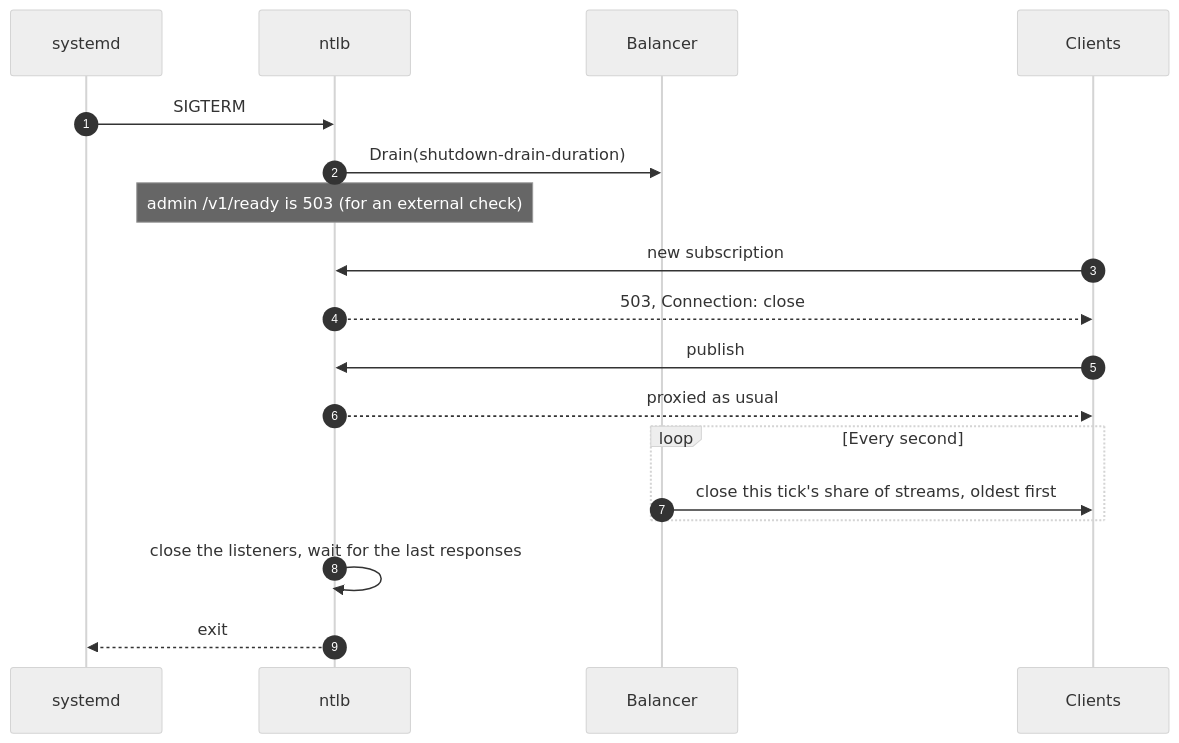
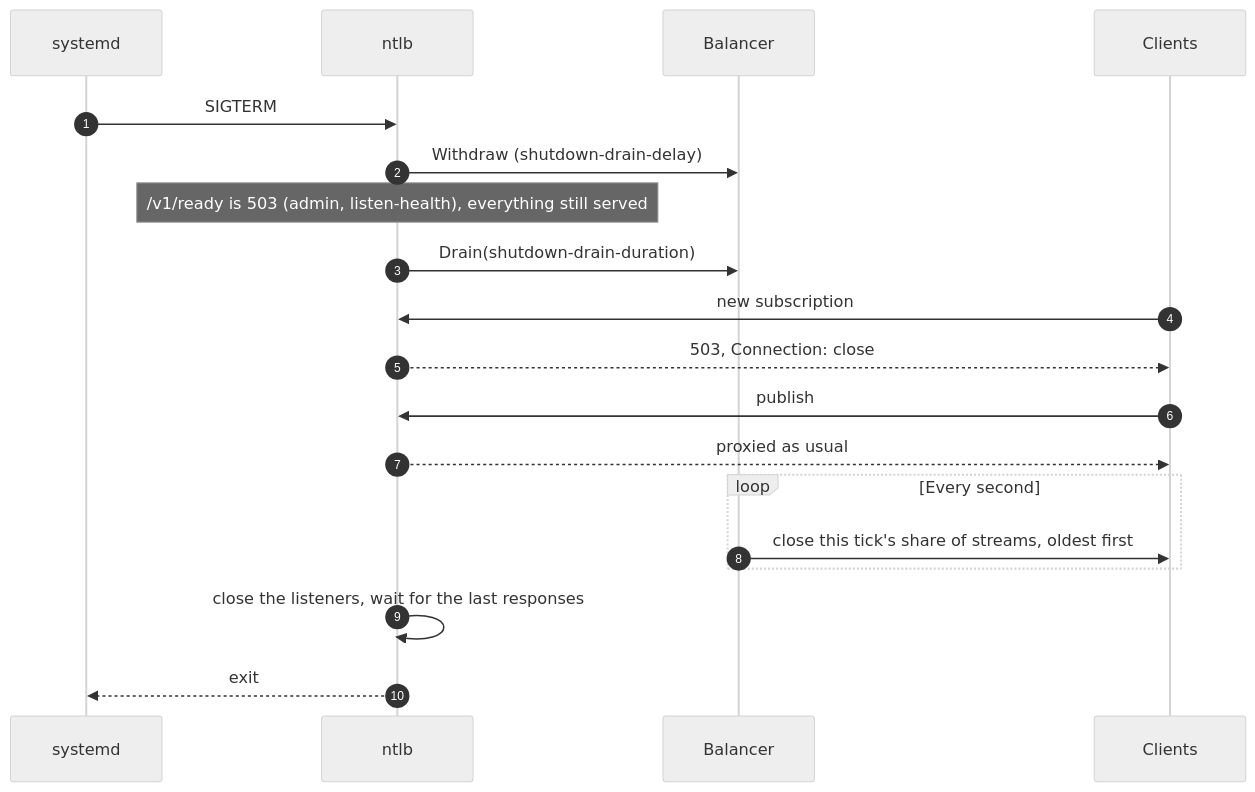
The ninth of 16 diagrams in docs/architecture.md (binwiederhier/ntlb), drawn with Mermaid (neutral theme) before and after one commit. The commit also changed other lines of this file and 30 other files, not shown here.

First line of the commit message:
Withdraw before the shutdown drain, add listen-health, drop the load balancer drain command

````diff
--- a/docs/architecture.md
+++ b/docs/architecture.md
@@ -312,20 +314,21 @@
 ```mermaid
 sequenceDiagram
     autonumber
     participant SD as systemd
     participant S as ntlb
     participant B as Balancer
     participant C as Clients
     SD->>S: SIGTERM
+    S->>B: Withdraw (shutdown-drain-delay)
+    Note over S: /v1/ready is 503 (admin, listen-health), everything still served
     S->>B: Drain(shutdown-drain-duration)
-    Note over S: admin /v1/ready is 503 (for an external check)
     C->>S: new subscription
     S-->>C: 503, Connection: close
     C->>S: publish
     S-->>C: proxied as usual
     loop Every second
         B->>C: close this tick's share of streams, oldest first
     end
     S->>S: close the listeners, wait for the last responses
     S-->>SD: exit
 ```
````
